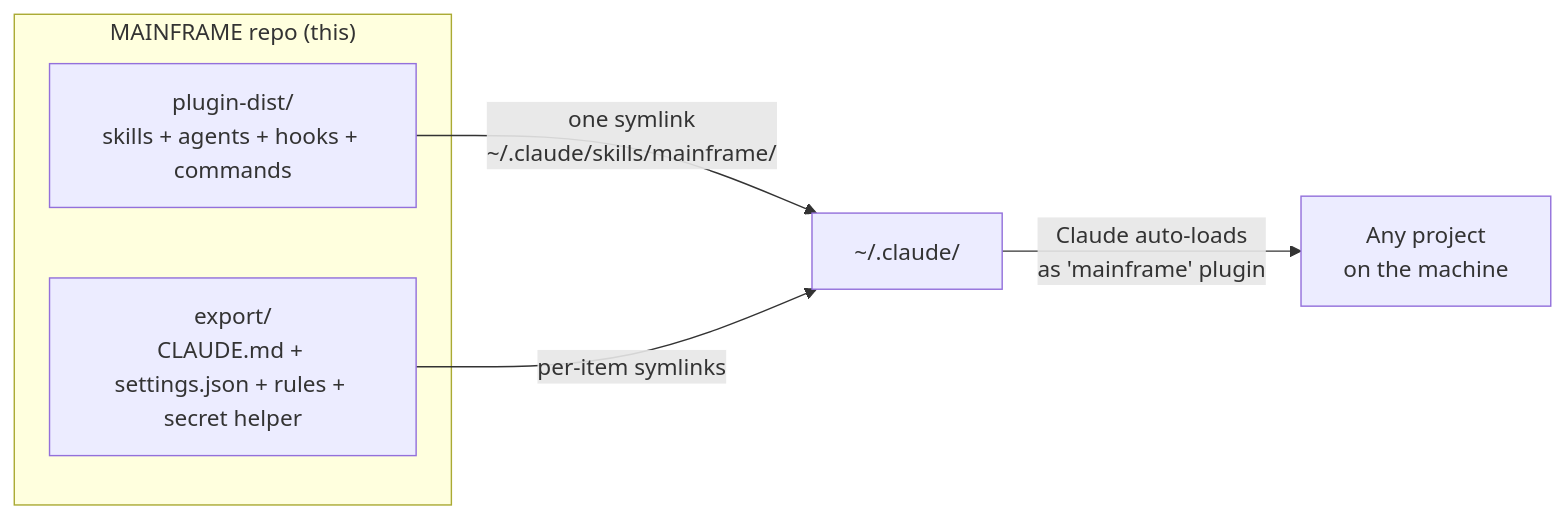
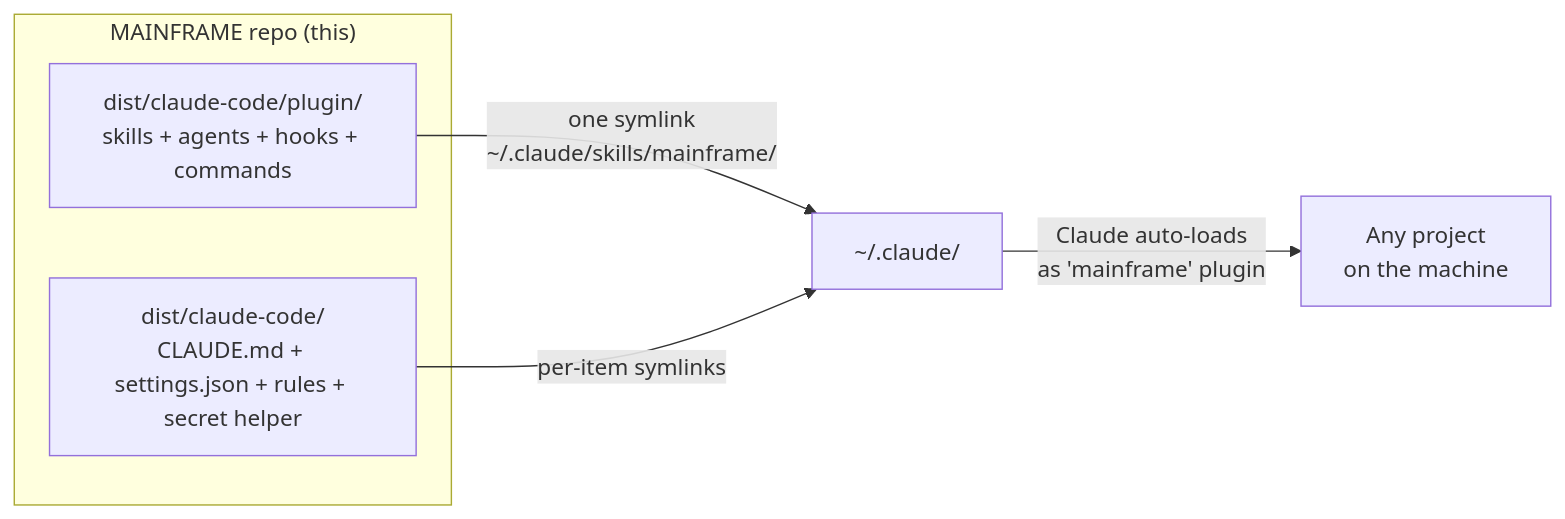
Before and after one commit to CATWILLgh/MAINFRAME: the first of 4 diagrams in README.md, drawn with Mermaid. The commit also changed other lines of this file and 13 other files, not shown here.

````diff
--- a/README.md
+++ b/README.md
@@ -176,11 +176,11 @@
 ```mermaid
 graph LR
     subgraph repo["MAINFRAME repo (this)"]
-      P[plugin-dist/<br/>skills + agents + hooks + commands]
-      E[export/<br/>CLAUDE.md + settings.json + rules + secret helper]
+      P[dist/claude-code/plugin/<br/>skills + agents + hooks + commands]
+      E[dist/claude-code/<br/>CLAUDE.md + settings.json + rules + secret helper]
     end
 
     P -->|one symlink<br/>~/.claude/skills/mainframe/| home[~/.claude/]
     E -->|per-item symlinks| home
     home -->|Claude auto-loads<br/>as 'mainframe' plugin| any[Any project<br/>on the machine]
 ```
````
